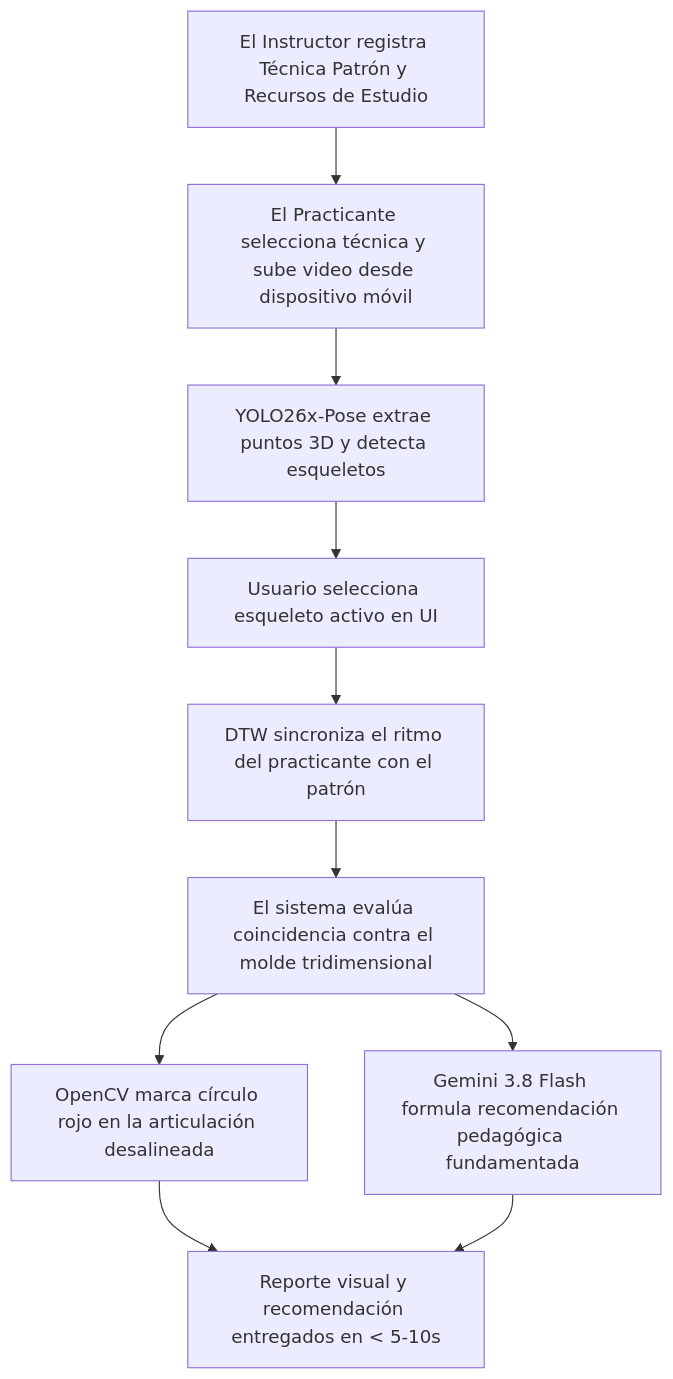
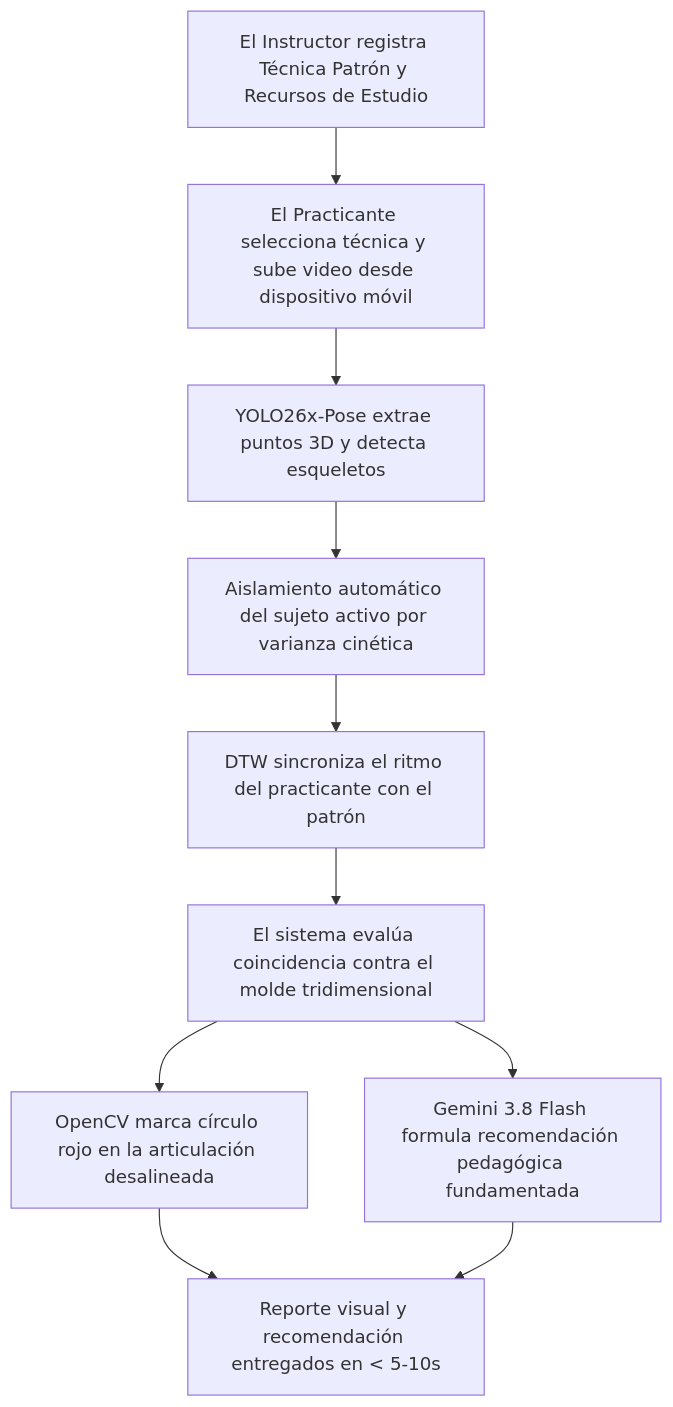
The third of 11 diagrams in README.md (Tsmrain/JiuJitsu), drawn with Mermaid before and after one commit. The commit also changed other lines of this file, not shown here.

Commit message:
docs: update architecture to Edge-Cloud model and replace manual subject selection with automated kinetic filtering

````diff
--- a/README.md
+++ b/README.md
@@ -247,12 +247,12 @@
 ```mermaid
 flowchart TD
     A[El Instructor registra Técnica Patrón y Recursos de Estudio] --> B[El Practicante selecciona técnica y sube video desde dispositivo móvil]
     B --> C1[YOLO26x-Pose extrae puntos 3D y detecta esqueletos]
-    C1 --> C2[Usuario selecciona esqueleto activo en UI]
+    C1 --> C2[Aislamiento automático del sujeto activo por varianza cinética]
     C2 --> D[DTW sincroniza el ritmo del practicante con el patrón]
     D --> E[El sistema evalúa coincidencia contra el molde tridimensional]
     E --> F[OpenCV marca círculo rojo en la articulación desalineada]
     E --> G[Gemini 3.8 Flash formula recomendación pedagógica fundamentada]
     F --> H[Reporte visual y recomendación entregados en < 5-10s]
     G --> H
 ```
````
